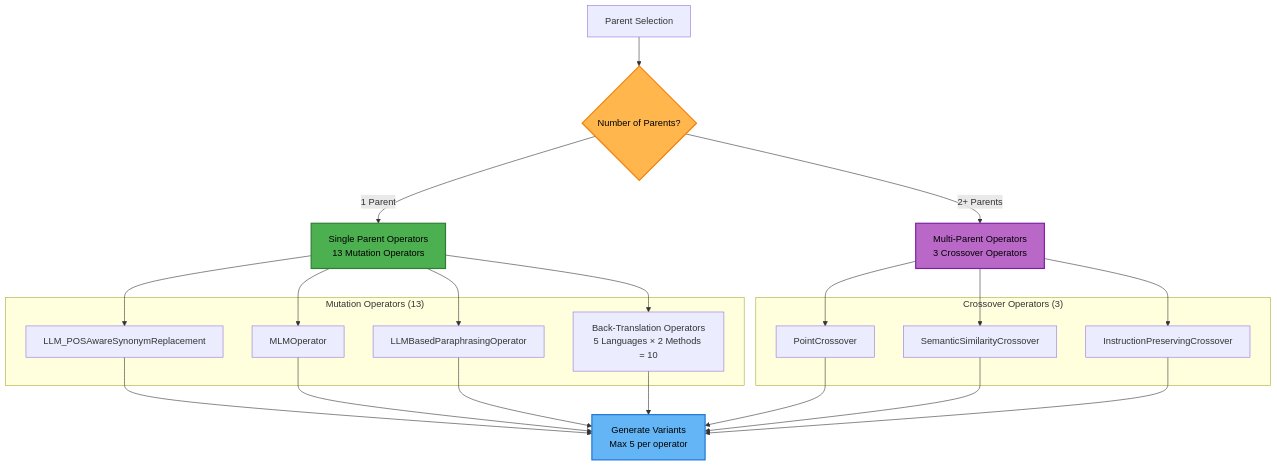
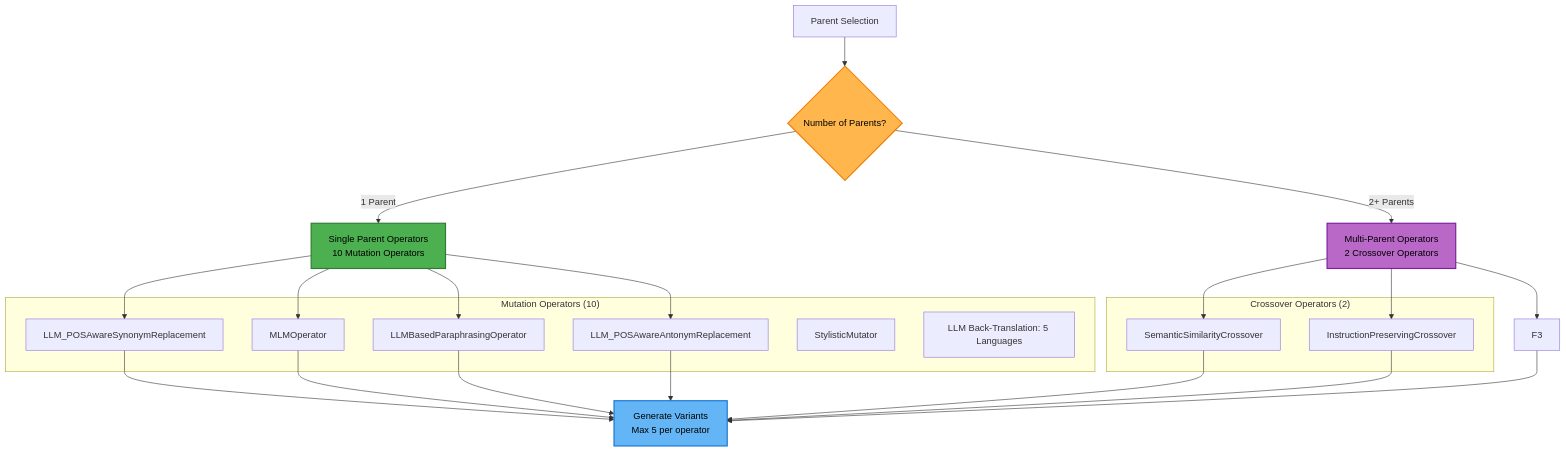
One commit to Onkar2102/ToxSearch changed the first of 4 diagrams in src/ea/README.md. Above: the diagram before and after it, drawn with Mermaid. The commit also changed other lines of this file and 26 other files, not shown here.

````diff
--- a/src/ea/README.md
+++ b/src/ea/README.md
@@ -147,41 +153,42 @@
 ```mermaid
 flowchart TD
   A[Parent Selection] --> B{Number of Parents?}
-  B -->|1 Parent| C[Single Parent Operators<br/>13 Mutation Operators]
-  B -->|2+ Parents| D[Multi-Parent Operators<br/>3 Crossover Operators]
+  B -->|1 Parent| C[Single Parent Operators<br/>10 Mutation Operators]
+  B -->|2+ Parents| D[Multi-Parent Operators<br/>2 Crossover Operators]
   
-  subgraph "Mutation Operators (13)"
+  subgraph "Mutation Operators (10)"
     E1[LLM_POSAwareSynonymReplacement]
-  E2[MLMOperator]
+    E2[MLMOperator]
     E3[LLMBasedParaphrasingOperator]
-    E4[Back-Translation Operators<br/>5 Languages × 2 Methods = 10]
+    E4[LLM_POSAwareAntonymReplacement]
+    E5[StylisticMutator]
+    E6[LLM Back-Translation: 5 Languages]
   end
   
-  subgraph "Crossover Operators (3)"
-    F1[PointCrossover]
-    F2[SemanticSimilarityCrossover]
-    F3[InstructionPreservingCrossover]
+  subgraph "Crossover Operators (2)"
+    F1[SemanticSimilarityCrossover]
+    F2[InstructionPreservingCrossover]
   end
   
   C --> E1
   C --> E2
   C --> E3
   C --> E4
   
   D --> F1
   D --> F2
   D --> F3
   
   E1 --> G[Generate Variants<br/>Max 5 per operator]
   E2 --> G
   E3 --> G
   E4 --> G
   F1 --> G
   F2 --> G
   F3 --> G
   
   style B fill:#ffb74d,stroke:#f57c00,stroke-width:2px,color:#000
   style C fill:#4caf50,stroke:#2e7d32,stroke-width:2px,color:#000
   style D fill:#ba68c8,stroke:#7b1fa2,stroke-width:2px,color:#000
   style G fill:#64b5f6,stroke:#1976d2,stroke-width:2px,color:#000
 ```
````
